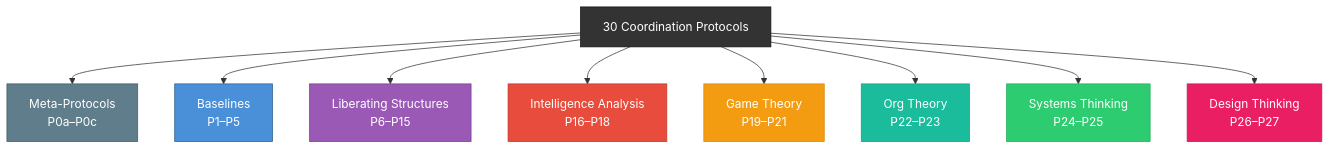
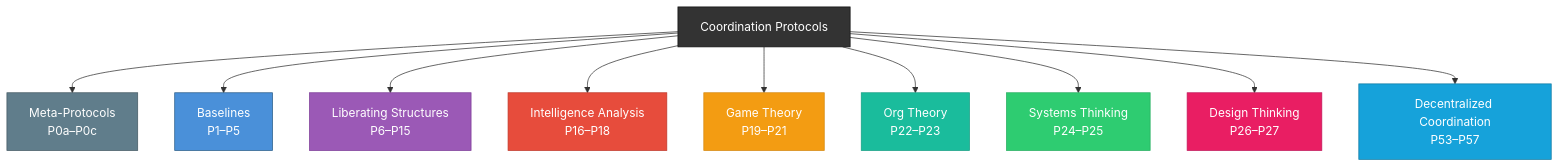
Before and after one commit to skidubb/cardinal-ai: the fifth of 5 diagrams in CE - Multi-Agent Orchestration/protocol-diagrams/00-overview.md, drawn with Mermaid. The commit also changed other lines of this file and 1 other file, not shown here.

First line of the commit message:
docs(protocol-diagrams): register Decentralized Coordination category (P53-P57)

````diff
--- a/CE - Multi-Agent Orchestration/protocol-diagrams/00-overview.md
+++ b/CE - Multi-Agent Orchestration/protocol-diagrams/00-overview.md
@@ -137,32 +137,35 @@
 ```mermaid
 graph TB
-    ROOT["30 Coordination Protocols"]:::root
+    ROOT["Coordination Protocols"]:::root
 
     P0["Meta-Protocols<br/>P0a–P0c"]:::meta
     B["Baselines<br/>P1–P5"]:::baselines
     LS["Liberating Structures<br/>P6–P15"]:::libstruct
     IA["Intelligence Analysis<br/>P16–P18"]:::intel
     GT["Game Theory<br/>P19–P21"]:::gametheory
     OT["Org Theory<br/>P22–P23"]:::orgtheory
     ST["Systems Thinking<br/>P24–P25"]:::systems
     DT["Design Thinking<br/>P26–P27"]:::design
+    DC["Decentralized Coordination<br/>P53–P57"]:::decentral
 
     ROOT --> P0
     ROOT --> B
     ROOT --> LS
     ROOT --> IA
     ROOT --> GT
     ROOT --> OT
     ROOT --> ST
     ROOT --> DT
+    ROOT --> DC
 
     classDef root fill:#333,stroke:#111,color:#fff
     classDef meta fill:#607D8B,stroke:#455A64,color:#fff
     classDef baselines fill:#4A90D9,stroke:#2C5F8A,color:#fff
     classDef libstruct fill:#9B59B6,stroke:#7D3C98,color:#fff
     classDef intel fill:#E74C3C,stroke:#C0392B,color:#fff
     classDef gametheory fill:#F39C12,stroke:#D68910,color:#fff
     classDef orgtheory fill:#1ABC9C,stroke:#16A085,color:#fff
     classDef systems fill:#2ECC71,stroke:#27AE60,color:#fff
     classDef design fill:#E91E63,stroke:#C2185B,color:#fff
+    classDef decentral fill:#16A2DA,stroke:#0F7AA3,color:#fff
 ```
````
